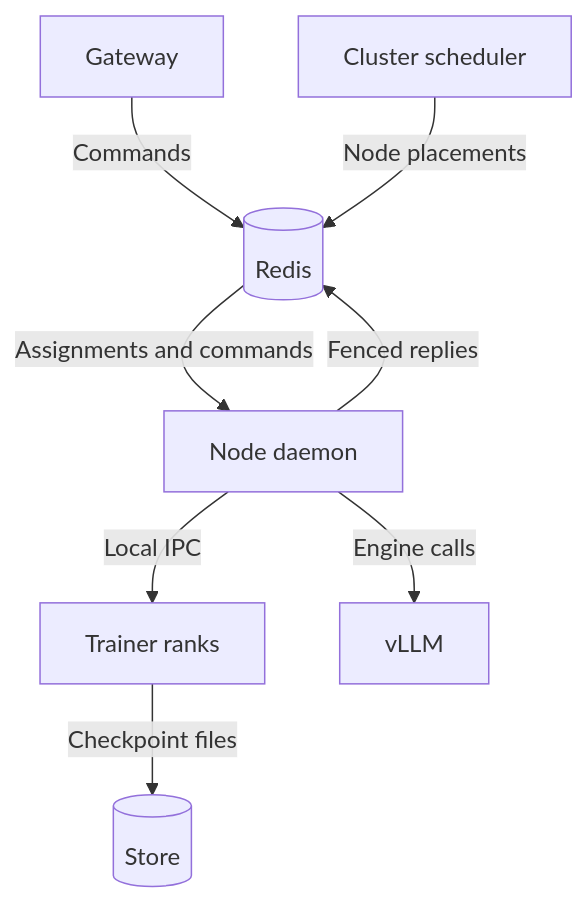
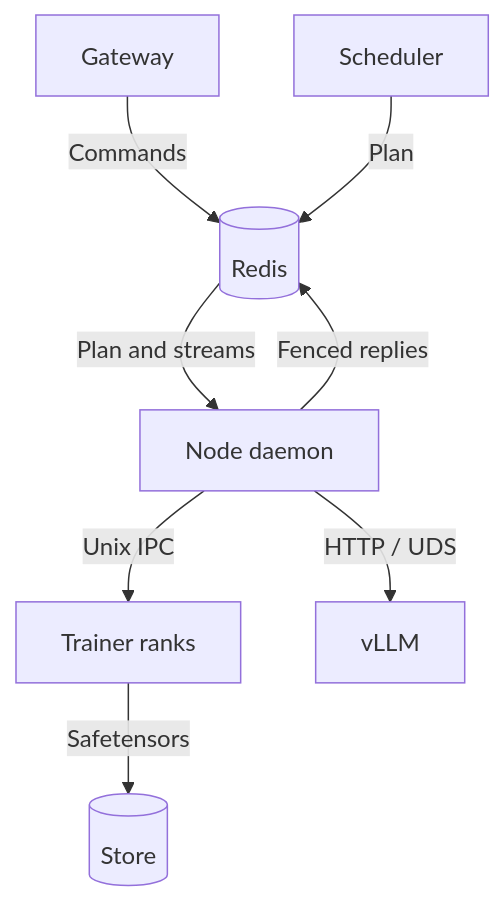
One commit to ShubyM/tiny-open-rl changed the diagram in README.md. Above: the diagram before and after it, drawn with Mermaid. The commit also changed other lines of this file, not shown here.

````diff
--- a/README.md
+++ b/README.md
@@ -134,10 +32,10 @@
 ```mermaid
 flowchart TD
   G["Gateway"] -->|Commands| R[("Redis")]
-  S["Cluster scheduler"] -->|Node placements| R
-  R -->|Assignments and commands| N["Node daemon"]
-  N -->|Local IPC| T["Trainer ranks"]
-  N -->|Engine calls| V["vLLM"]
-  T -->|Checkpoint files| C[("Store")]
+  S["Scheduler"] -->|Plan| R
+  R -->|Plan and streams| N["Node daemon"]
+  N -->|Unix IPC| T["Trainer ranks"]
+  N -->|HTTP / UDS| V["vLLM"]
+  T -->|Safetensors| C[("Store")]
   N -->|Fenced replies| R
 ```
````
